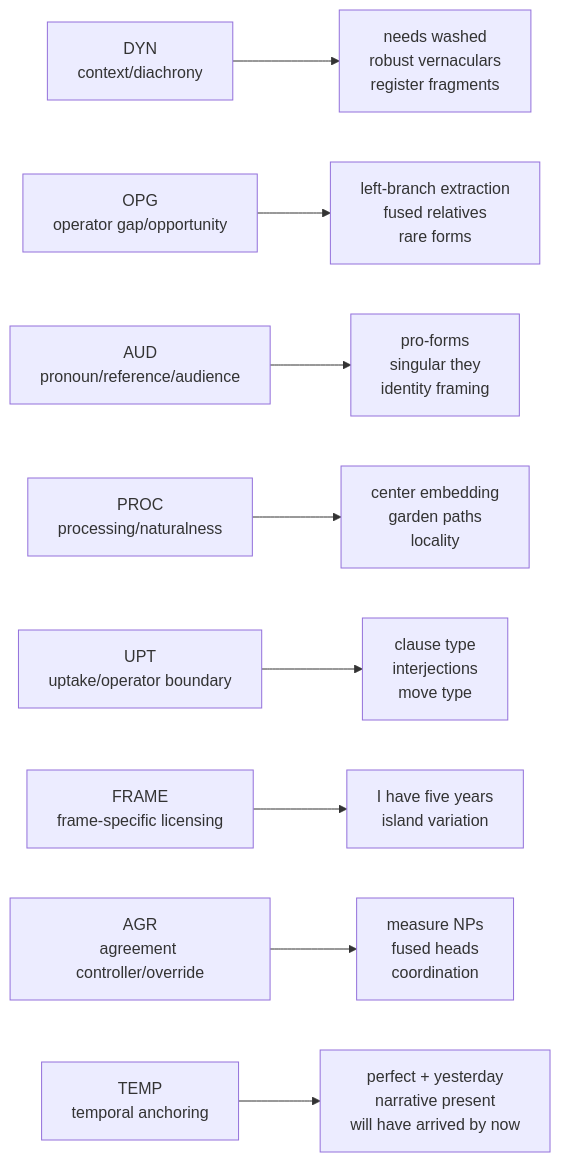
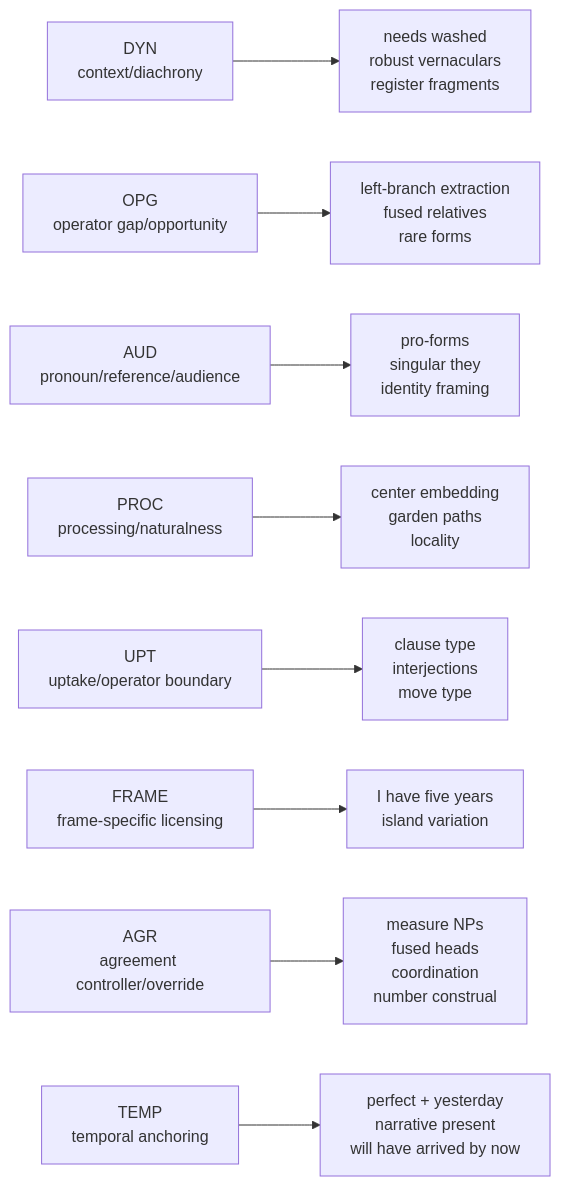
One commit to BrettRey/Grammaticality-de-idealized-v2 changed the first of 4 diagrams in subprojects/evolutionary-dag-workbench/notes/state-of-search-report-2026-06-09.md. Above: the diagram before and after it, drawn with Mermaid. The commit also changed other lines of this file and 5 other files, not shown here.

Commit message:
Consolidate agreement number construal evaluation

````diff
--- a/subprojects/evolutionary-dag-workbench/notes/state-of-search-report-2026-06-09.md
+++ b/subprojects/evolutionary-dag-workbench/notes/state-of-search-report-2026-06-09.md
@@ -26,20 +25,20 @@
 ```mermaid
 flowchart LR
   DYN["DYN<br/>context/diachrony"]
   OPG["OPG<br/>operator gap/opportunity"]
   AUD["AUD<br/>pronoun/reference/audience"]
   PROC["PROC<br/>processing/naturalness"]
   UPT["UPT<br/>uptake/operator boundary"]
   FRAME["FRAME<br/>frame-specific licensing"]
   AGR["AGR<br/>agreement controller/override"]
   TEMP["TEMP<br/>temporal anchoring"]
 
   DYN --> ContextCases["needs washed<br/>robust vernaculars<br/>register fragments"]
   OPG --> GapCases["left-branch extraction<br/>fused relatives<br/>rare forms"]
   AUD --> PronounCases["pro-forms<br/>singular they<br/>identity framing"]
   PROC --> ProcessingCases["center embedding<br/>garden paths<br/>locality"]
   UPT --> UptakeCases["clause type<br/>interjections<br/>move type"]
   FRAME --> FrameCases["I have five years<br/>island variation"]
-  AGR --> AgreementCases["measure NPs<br/>fused heads<br/>coordination"]
+  AGR --> AgreementCases["measure NPs<br/>fused heads<br/>coordination<br/>number construal"]
   TEMP --> TemporalCases["perfect + yesterday<br/>narrative present<br/>will have arrived by now"]
 ```
````
